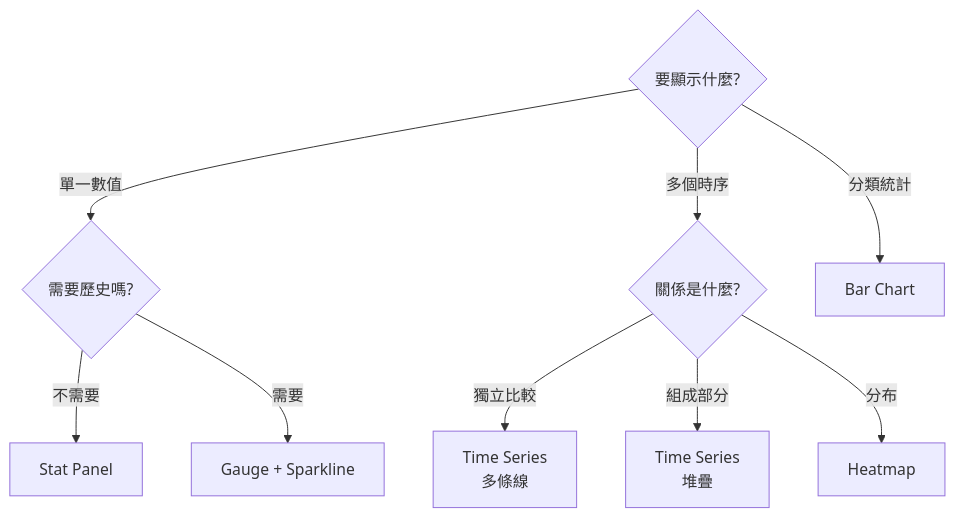
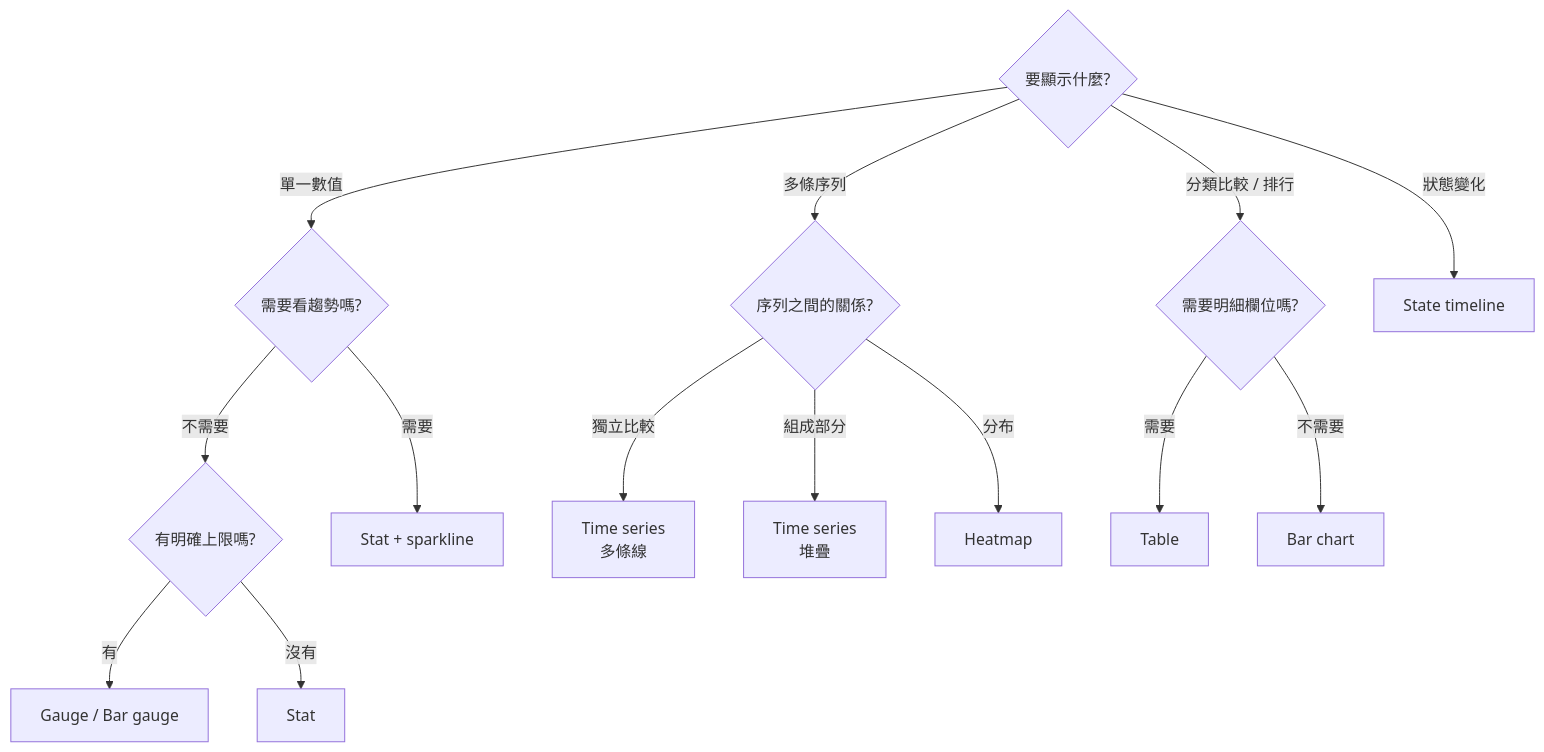
Diagram 16 of 28 in content/posts/教學/工具/Metrics Visualization 教學手冊.md (chihhung/Blog), drawn with Mermaid before and after one commit. The commit also changed other lines of this file and 8 other files, not shown here.

````diff
--- a/content/posts/教學/工具/Metrics Visualization 教學手冊.md
+++ b/content/posts/教學/工具/Metrics Visualization 教學手冊.md
@@ -926,14 +1936,20 @@
 ```mermaid
 flowchart TD
-    Q1{要顯示什麼?}
-    Q1 -->|單一數值| Q2{需要歷史嗎?}
-    Q1 -->|多個時序| Q3{關係是什麼?}
-    Q1 -->|分類統計| Bar[Bar Chart]
-    
-    Q2 -->|不需要| Stat[Stat Panel]
-    Q2 -->|需要| Gauge[Gauge + Sparkline]
-    
-    Q3 -->|獨立比較| TS1[Time Series<br/>多條線]
-    Q3 -->|組成部分| TS2[Time Series<br/>堆疊]
-    Q3 -->|分布| Heat[Heatmap]
+    Q1{"要顯示什麼?"}
+    Q1 -->|"單一數值"| Q2{"需要看趨勢嗎?"}
+    Q1 -->|"多條序列"| Q3{"序列之間的關係?"}
+    Q1 -->|"分類比較 / 排行"| Q5{"需要明細欄位嗎?"}
+    Q1 -->|"狀態變化"| ST["State timeline"]
+
+    Q2 -->|"不需要"| Q4{"有明確上限嗎?"}
+    Q2 -->|"需要"| StatSpark["Stat + sparkline"]
+    Q4 -->|"有"| Gauge["Gauge / Bar gauge"]
+    Q4 -->|"沒有"| Stat["Stat"]
+
+    Q3 -->|"獨立比較"| TS1["Time series<br/>多條線"]
+    Q3 -->|"組成部分"| TS2["Time series<br/>堆疊"]
+    Q3 -->|"分布"| Heat["Heatmap"]
+
+    Q5 -->|"需要"| Table["Table"]
+    Q5 -->|"不需要"| Bar["Bar chart"]
 ```
````
